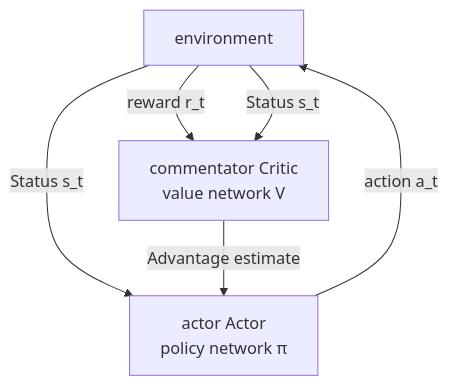
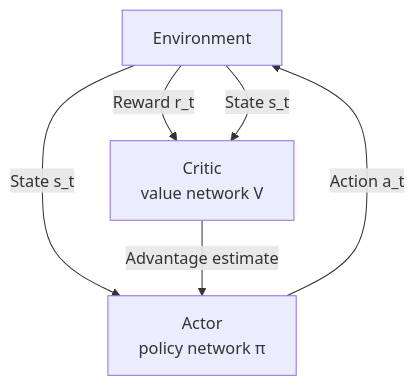
One commit to TingdeLiu/tingdeliu.github.io changed the third of 24 diagrams in _translations/en/research/Reinforcement-Learning-Survey.md. Above: the diagram before and after it, drawn with Mermaid. The commit also changed other lines of this file and 51 other files, not shown here.

````diff
--- a/_translations/en/research/Reinforcement-Learning-Survey.md
+++ b/_translations/en/research/Reinforcement-Learning-Survey.md
@@ -279,8 +279,8 @@
 ```mermaid
 graph TD
-    A["environment"] -->|Status s_t| B["actor Actor<br/>policy network π"]
-    B -->|action a_t| A
-    A -->|reward r_t| C["commentator Critic<br/>value network V"]
-    A -->|Status s_t| C
+    A["Environment"] -->|State s_t| B["Actor<br/>policy network π"]
+    B -->|Action a_t| A
+    A -->|Reward r_t| C["Critic<br/>value network V"]
+    A -->|State s_t| C
     C -->|Advantage estimate| B
 ```
````
